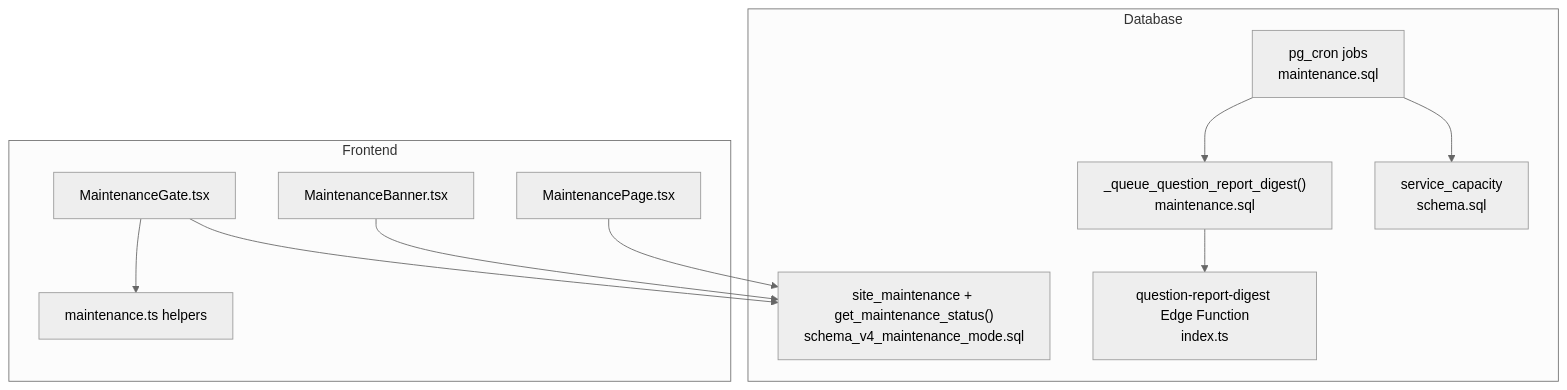
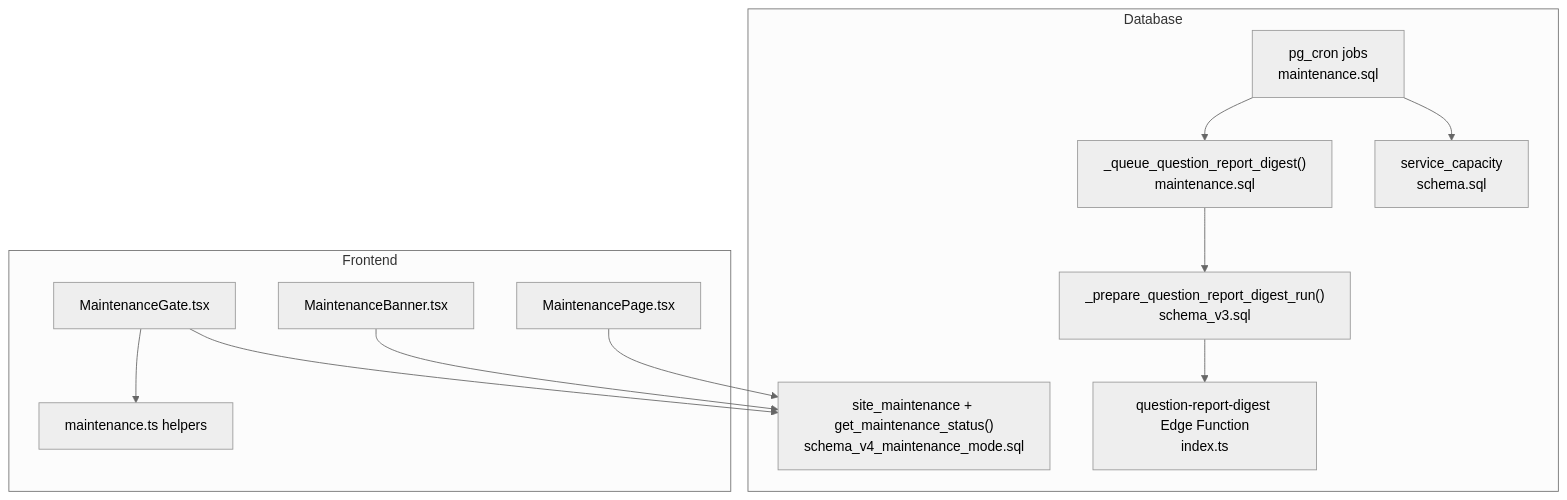
One commit to muhammadhabibullah/tbs-lpdp changed the first of 8 diagrams in .qoder/repowiki/en/content/Monitoring and Maintenance/Maintenance System.md. Above: the diagram before and after it, drawn with Mermaid (neutral theme). The commit also changed other lines of this file and 6 other files, not shown here.

````diff
--- a/.qoder/repowiki/en/content/Monitoring and Maintenance/Maintenance System.md
+++ b/.qoder/repowiki/en/content/Monitoring and Maintenance/Maintenance System.md
@@ -40,23 +49,25 @@
 ```mermaid
 graph TB
 subgraph "Database"
 M["pg_cron jobs<br/>maintenance.sql"]
 S["service_capacity<br/>schema.sql"]
 MM["site_maintenance + get_maintenance_status()<br/>schema_v4_maintenance_mode.sql"]
 QRD["_queue_question_report_digest()<br/>maintenance.sql"]
 F["question-report-digest Edge Function<br/>index.ts"]
+P["_prepare_question_report_digest_run()<br/>schema_v3.sql"]
 end
 subgraph "Frontend"
 MG["MaintenanceGate.tsx"]
 MB["MaintenanceBanner.tsx"]
 MP["MaintenancePage.tsx"]
 ML["maintenance.ts helpers"]
 end
 MG --> MM
 MB --> MM
 MP --> MM
 MG --> ML
 M --> S
 M --> QRD
-QRD --> F
+QRD --> P
+P --> F
 ```
````
